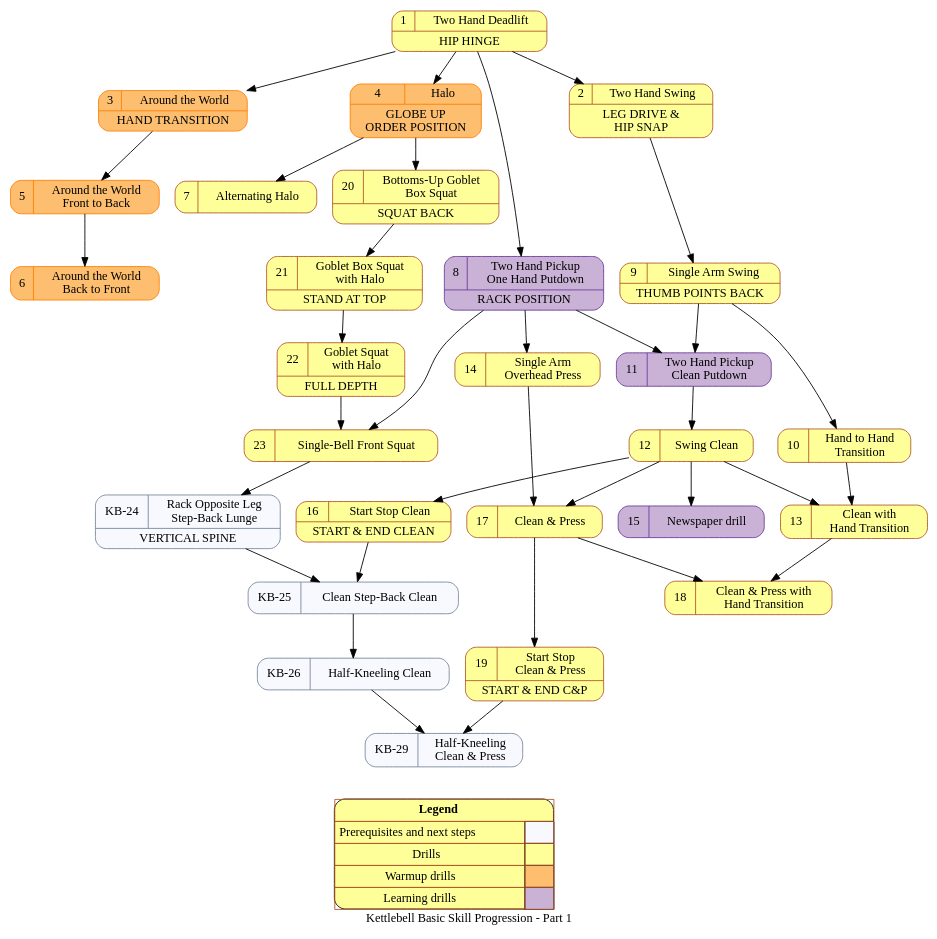
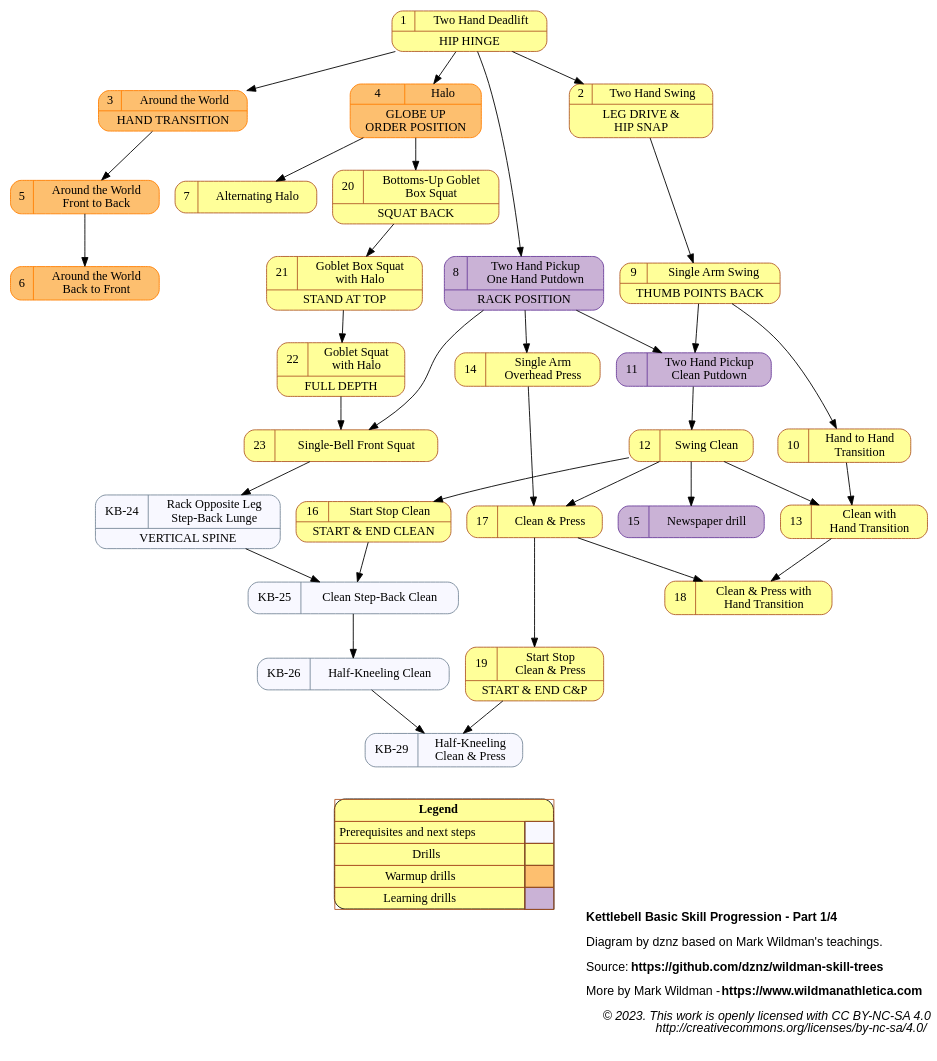
The diagram in src/kb/kb_progression_1.gv (dznz/wildman-skill-trees), drawn with Graphviz before and after one commit. The commit also changed 9 other files, not shown here.

```diff
--- a/src/kb/kb_progression_1.gv
+++ b/src/kb/kb_progression_1.gv
@@ -1,119 +1,128 @@
 digraph kb_progression {
-  // Kettlebell Basic Skill Progression Diagram © 2023
-  // by dznz using knowledge from Mark Wildman is licensed
-  // under CC BY-NC-SA 4.0 
-  // http://creativecommons.org/licenses/by-nc-sa/4.0/
-  label="Kettlebell Basic Skill Progression - Part 1"
+  
+  label=<
+<B>Kettlebell Basic Skill Progression - Part 1/4</B><BR ALIGN="LEFT"/><BR ALIGN="LEFT"/>
+Diagram by dznz based on Mark Wildman's teachings.<BR ALIGN="LEFT"/><BR ALIGN="LEFT"/>
+Source: <B>https://github.com/dznz/wildman-skill-trees</B><BR ALIGN="LEFT"/><BR ALIGN="LEFT"/>
+More by Mark Wildman - <B>https://www.wildmanathletica.com</B><BR ALIGN="LEFT"/><BR ALIGN="LEFT"/>
+<I>
+© 2023. This work is openly licensed with CC BY-NC-SA 4.0<BR ALIGN="RIGHT"/>
+http://creativecommons.org/licenses/by-nc-sa/4.0/<BR ALIGN="RIGHT"/>
+</I>
+  >
+  graph [labeljust=r]
+  graph [fontname="Helvetica,Arial,sans-serif"]
+
   node [colorscheme="paired12"]
   node [shape=record]
   node [style="rounded,filled"]
   node [color=12, fillcolor=11]
 
   subgraph warmup {
     node [color=8, fillcolor=7]
     mov_atw; mov_halo, mov_atwf2b, mov_atwb2f
   }
 
   subgraph aux {
     node [color=10, fillcolor=9]
     mov_2hu1hd; mov_2hucleandown; mov_news;
   }
 
   subgraph post {
     node [color=lightslategrey, fillcolor=ghostwhite]
     mov_racklunge
     mov_clean2sblunge
     mov_halfkneelclean
     mov_halfkneelcap
   }
   
   mov_deadlift [label="{{1|Two Hand Deadlift}|HIP HINGE}" URL="https://www.youtube.com/watch?v=x0XkmM34BPI&list=PLk4oYPJ7TXKhX8YqA2AVrfgs_pEF6p7KA&index=1"];
   mov_swing [label="{{2|Two Hand Swing}|LEG DRIVE &\nHIP SNAP}" URL="https://www.youtube.com/watch?v=m-S9H2XVvYg&list=PLk4oYPJ7TXKhX8YqA2AVrfgs_pEF6p7KA&index=2"]
   mov_atw [label="{{3|Around the World}|HAND TRANSITION}" URL="https://www.youtube.com/watch?v=XaegZzSbtr0&list=PLk4oYPJ7TXKhX8YqA2AVrfgs_pEF6p7KA&index=3"]
   mov_halo [label="{{4|Halo}|GLOBE UP\nORDER POSITION}" URL="https://www.youtube.com/watch?v=25xdtjbFPtw&list=PLk4oYPJ7TXKhX8YqA2AVrfgs_pEF6p7KA&index=4"]
   mov_atwf2b [label="5|Around the World\nFront to Back" URL="https://www.youtube.com/watch?v=TwlQQXAQpaQ&list=PLk4oYPJ7TXKhX8YqA2AVrfgs_pEF6p7KA&index=5"]
   mov_atwb2f [label="6|Around the World\nBack to Front" URL="https://www.youtube.com/watch?v=GrRO00YOIWM&list=PLk4oYPJ7TXKhX8YqA2AVrfgs_pEF6p7KA&index=6"]
   mov_althalo [label="7|Alternating Halo" URL="https://www.youtube.com/watch?v=SMpquy5zSL4&list=PLk4oYPJ7TXKhX8YqA2AVrfgs_pEF6p7KA&index=7"]
   mov_2hu1hd [label="{{8|Two Hand Pickup\nOne Hand Putdown}|RACK POSITION}" URL="https://www.youtube.com/watch?v=eMkDP9VmMc0&list=PLk4oYPJ7TXKhX8YqA2AVrfgs_pEF6p7KA&index=8"]
   mov_saswing [label="{{9|Single Arm Swing}|THUMB POINTS BACK}" URL="https://www.youtube.com/watch?v=ejPpyLKZ1L4&list=PLk4oYPJ7TXKhX8YqA2AVrfgs_pEF6p7KA&index=9"]
   mov_h2h [label="10|Hand to Hand\nTransition" URL="https://www.youtube.com/watch?v=0Uk0Rdm3QFs&list=PLk4oYPJ7TXKhX8YqA2AVrfgs_pEF6p7KA&index=10"]
   mov_2hucleandown [label="11|Two Hand Pickup\nClean Putdown" URL="https://www.youtube.com/watch?v=cQC2y-ByaAw&list=PLk4oYPJ7TXKhX8YqA2AVrfgs_pEF6p7KA&index=11"]
   mov_clean [label="12|Swing Clean" URL="https://www.youtube.com/watch?v=_nIsSXWs5iU&list=PLk4oYPJ7TXKhX8YqA2AVrfgs_pEF6p7KA&index=12"]
   mov_cleanh2h [label="13|Clean with\nHand Transition" URL="https://www.youtube.com/watch?v=6TVqHl2gtuM&list=PLk4oYPJ7TXKhX8YqA2AVrfgs_pEF6p7KA&index=13"]
   mov_press [label="14|Single Arm\nOverhead Press" URL="https://www.youtube.com/watch?v=XHkI03S6Pls&list=PLk4oYPJ7TXKhX8YqA2AVrfgs_pEF6p7KA&index=14"]
   mov_news [label="15|Newspaper drill" URL="https://www.youtube.com/watch?v=htByOXjHLXE&list=PLk4oYPJ7TXKhX8YqA2AVrfgs_pEF6p7KA&index=15"]
   mov_startstopclean [label="{{16|Start Stop Clean}|START & END CLEAN}" URL="https://www.youtube.com/watch?v=XbK3jxI0WNQ&list=PLk4oYPJ7TXKhX8YqA2AVrfgs_pEF6p7KA&index=16"]
   mov_cap [label="17|Clean & Press" URL="https://www.youtube.com/watch?v=SSxB3m5qRas&list=PLk4oYPJ7TXKhX8YqA2AVrfgs_pEF6p7KA&index=17"]
   mov_caph2h [label="18|Clean & Press with\nHand Transition" URL="https://www.youtube.com/watch?v=5Q4vMOYvAGg&list=PLk4oYPJ7TXKhX8YqA2AVrfgs_pEF6p7KA&index=18"]
   mov_startstopcap [label="{{19|Start Stop\nClean & Press}|START & END C&P}" URL="https://www.youtube.com/watch?v=dSj3kqbuois&list=PLk4oYPJ7TXKhX8YqA2AVrfgs_pEF6p7KA&index=19"]
   mov_gobboxsquat [label="{{20|Bottoms-Up Goblet\nBox Squat}|SQUAT BACK}" URL="https://www.youtube.com/watch?v=k5Bc7pkEmrU&list=PLk4oYPJ7TXKhX8YqA2AVrfgs_pEF6p7KA&index=20"]
   mov_boxsquathalo [label="{{21|Goblet Box Squat\nwith Halo}|STAND AT TOP}" URL="https://www.youtube.com/watch?v=Aik5-BStbnc&list=PLk4oYPJ7TXKhX8YqA2AVrfgs_pEF6p7KA&index=21"]
   mov_gobsquathalo [label="{{22|Goblet Squat\nwith Halo}|FULL DEPTH}" URL="https://www.youtube.com/watch?v=cnZ8Mx8NQPE&list=PLk4oYPJ7TXKhX8YqA2AVrfgs_pEF6p7KA&index=22"]
   mov_racksquat [label="{{23|Single-Bell Front Squat}}" URL="https://www.youtube.com/watch?v=KTDVl0Lkdc4&list=PLk4oYPJ7TXKhX8YqA2AVrfgs_pEF6p7KA&index=23"]
 
   // Next skills
   mov_racklunge [label="{{KB-24|Rack Opposite Leg\nStep-Back Lunge}|VERTICAL SPINE}" URL="https://www.youtube.com/watch?v=KTDVl0Lkdc4&list=PLk4oYPJ7TXKhX8YqA2AVrfgs_pEF6p7KA&index=24"]
   mov_clean2sblunge [label="{{KB-25|Clean Step-Back Clean}}" URL="https://www.youtube.com/watch?v=KTDVl0Lkdc4&list=PLk4oYPJ7TXKhX8YqA2AVrfgs_pEF6p7KA&index=25"]
   mov_halfkneelclean [label="{{KB-26|Half-Kneeling Clean}}" URL="https://www.youtube.com/watch?v=KTDVl0Lkdc4&list=PLk4oYPJ7TXKhX8YqA2AVrfgs_pEF6p7KA&index=26"]
   mov_halfkneelcap [label="{{KB-29|Half-Kneeling\nClean & Press}}" URL="https://www.youtube.com/watch?v=KTDVl0Lkdc4&list=PLk4oYPJ7TXKhX8YqA2AVrfgs_pEF6p7KA&index=29"]
 
   mov_deadlift -> mov_swing;
   mov_deadlift -> mov_atw;
   mov_deadlift -> mov_halo;
   mov_atw -> mov_atwf2b;
   mov_atwf2b -> mov_atwb2f;
   mov_halo -> mov_althalo;
   mov_deadlift -> mov_2hu1hd;
   mov_swing -> mov_saswing;
   mov_saswing -> mov_h2h;
   mov_2hu1hd -> mov_2hucleandown;
   mov_saswing -> mov_2hucleandown;
   mov_2hucleandown -> mov_clean;
   mov_clean -> mov_cleanh2h;
   mov_h2h -> mov_cleanh2h;
   mov_2hu1hd -> mov_press;
   mov_clean -> mov_news;
   mov_clean -> mov_startstopclean;
   mov_clean -> mov_cap;
   mov_press -> mov_cap;
   mov_cap -> mov_caph2h;
   mov_cleanh2h -> mov_caph2h;
   mov_cap -> mov_startstopcap;
   mov_halo -> mov_gobboxsquat;
   mov_gobboxsquat -> mov_boxsquathalo;
   mov_boxsquathalo -> mov_gobsquathalo;
   mov_gobsquathalo -> mov_racksquat;
   mov_2hu1hd -> mov_racksquat;
   mov_racksquat -> mov_racklunge;
   mov_racklunge -> mov_clean2sblunge;
   mov_startstopclean -> mov_clean2sblunge;
   mov_clean2sblunge -> mov_halfkneelclean;
   mov_startstopcap -> mov_halfkneelcap;
   mov_halfkneelclean -> mov_halfkneelcap;
 
   { rank = sink;
     Legend [shape=none, margin=0, label=<
     <TABLE BORDER="0" CELLBORDER="1" CELLSPACING="0" CELLPADDING="4">
      <TR>
       <TD COLSPAN="2"><B>Legend</B></TD>
      </TR>
      <TR>
       <TD>Prerequisites and next steps</TD>
       <TD BGCOLOR="ghostwhite">&nbsp;&nbsp;&nbsp;&nbsp;&nbsp;</TD>
      </TR>
      <TR>
       <TD>Drills</TD>
       <TD BGCOLOR="11"></TD>
      </TR>
      <TR>
       <TD>Warmup drills</TD>
       <TD BGCOLOR="7"></TD>
      </TR>
      <TR>
       <TD>Learning drills</TD>
       <TD BGCOLOR="9"></TD>
      </TR>
     </TABLE>
    >];
   }
 }
```
